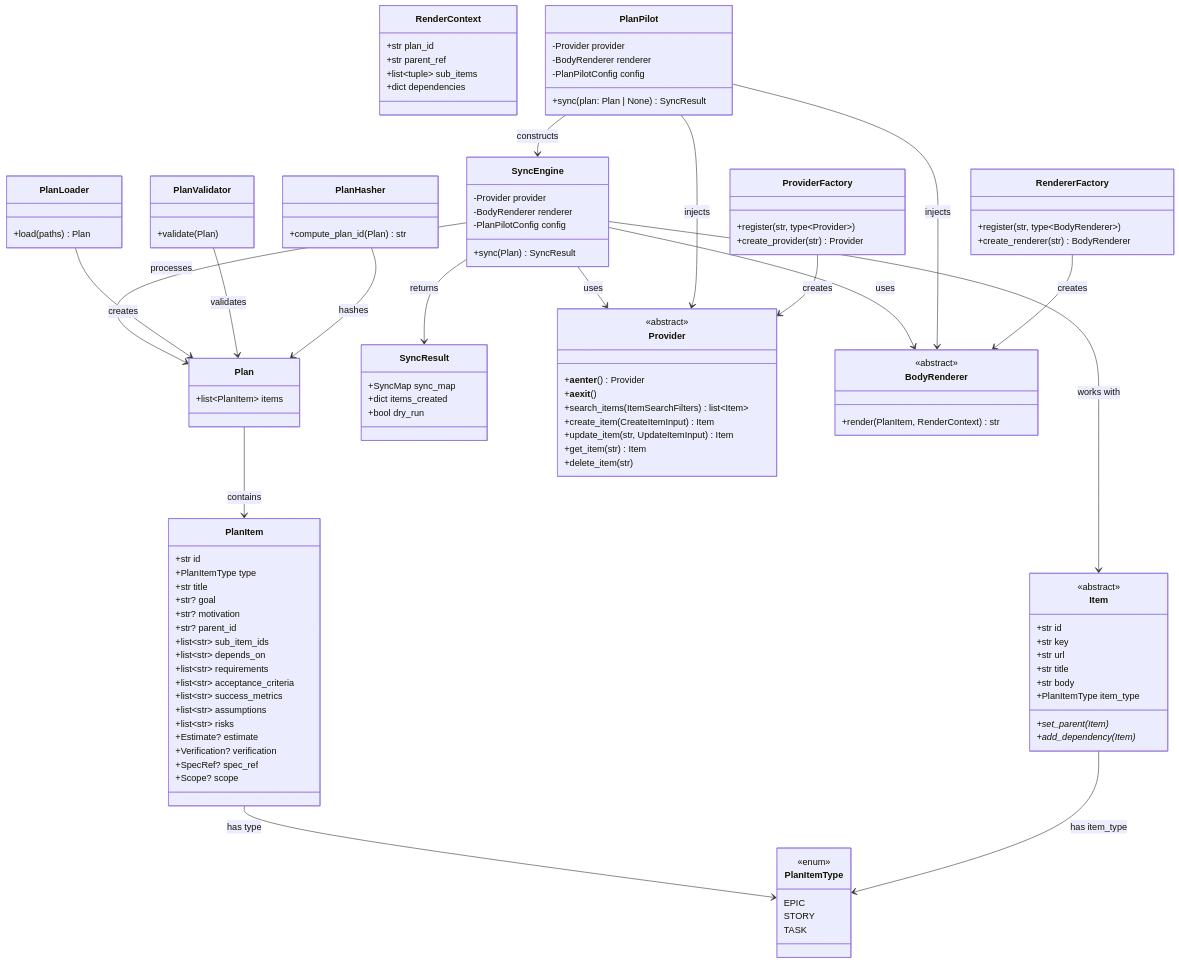
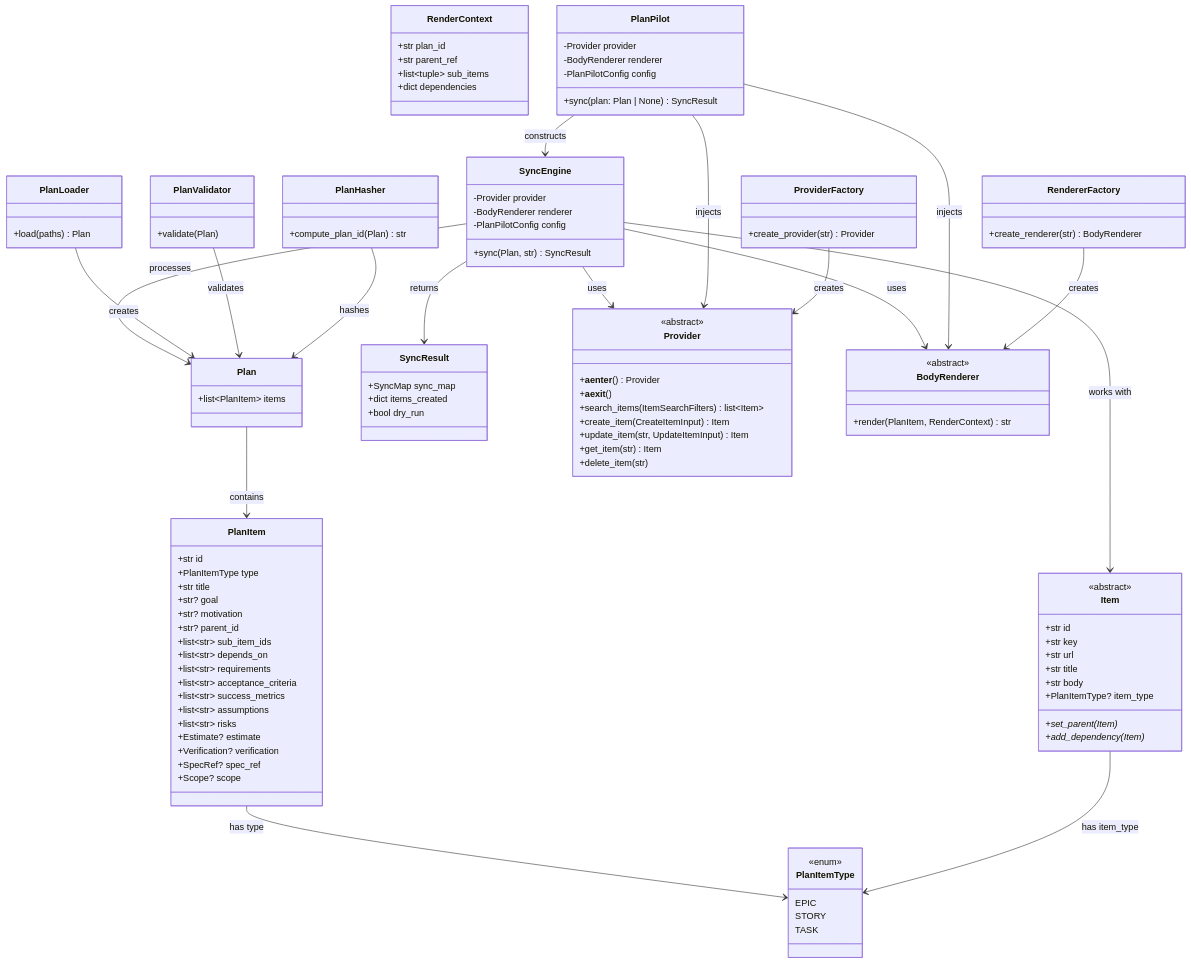
Before and after one commit to aryeko/planpilot: the second of 3 diagrams in docs/v2/architecture.md, drawn with Mermaid. The commit also changed other lines of this file and 4 other files, not shown here.

```diff
--- a/docs/v2/architecture.md
+++ b/docs/v2/architecture.md
@@ -345,7 +341,7 @@
         +str url
         +str title
         +str body
-        +PlanItemType item_type
+        +PlanItemType? item_type
         +set_parent(Item)*
         +add_dependency(Item)*
     }
@@ -383,7 +379,7 @@
         -Provider provider
         -BodyRenderer renderer
         -PlanPilotConfig config
-        +sync(Plan) SyncResult
+        +sync(Plan, str) SyncResult
     }
 
     class PlanLoader {
@@ -399,12 +395,10 @@
     }
 
     class ProviderFactory {
-        +register(str, type~Provider~)
         +create_provider(str) Provider
     }
 
     class RendererFactory {
-        +register(str, type~BodyRenderer~)
         +create_renderer(str) BodyRenderer
     }
 
```
